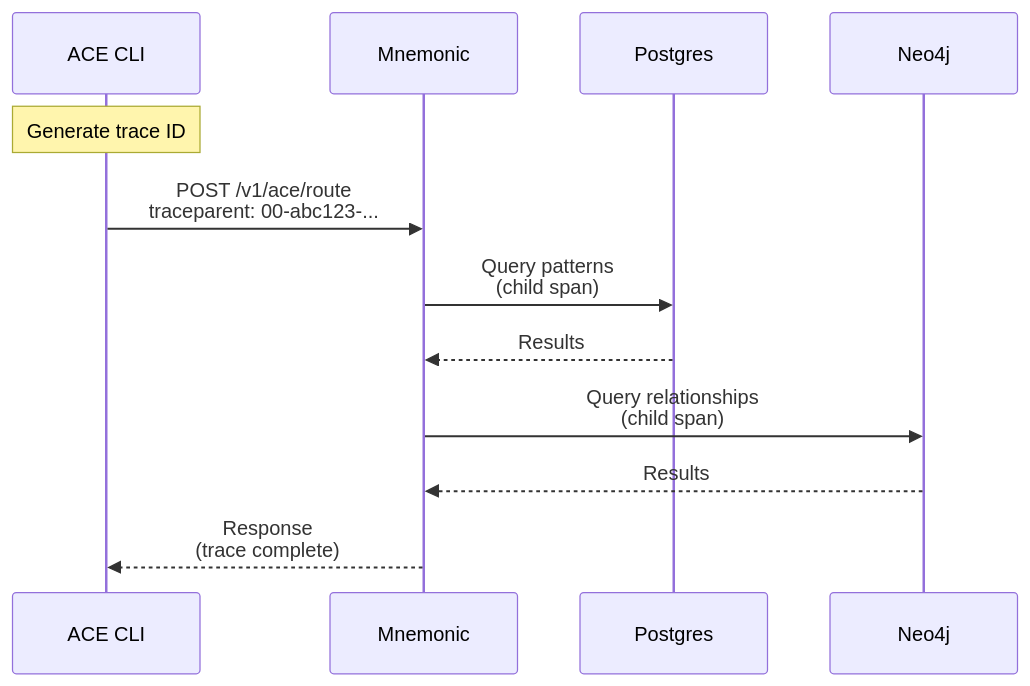
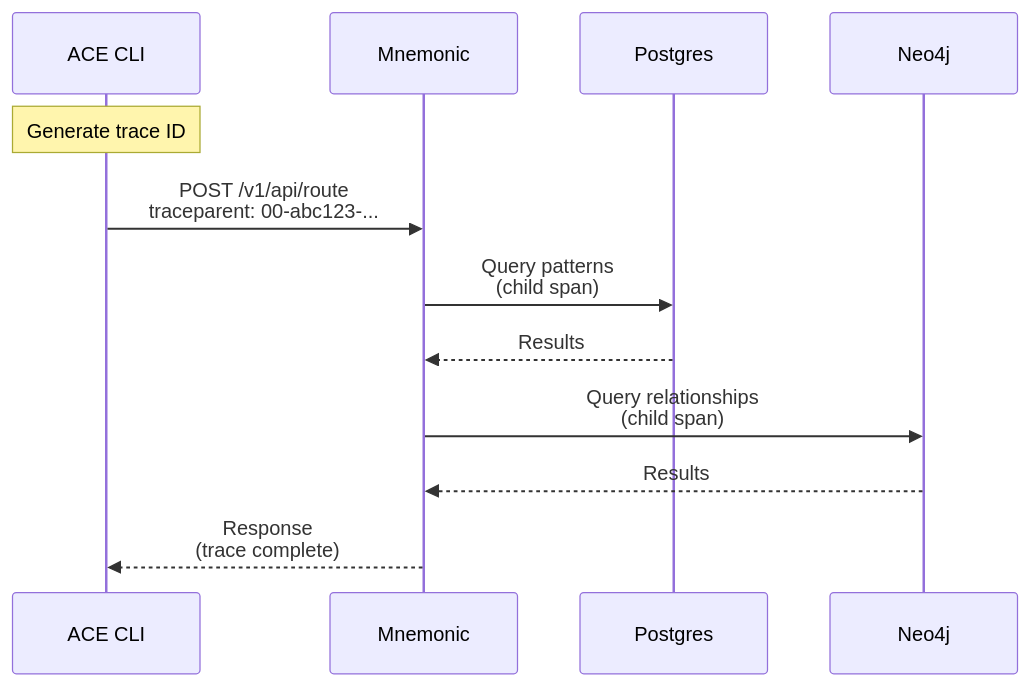
One commit to twistingmercury/mnemonic-mcp changed the third of 3 diagrams in docs/architecture/07-observability-architecture.md. Above: the diagram before and after it, drawn with Mermaid. The commit also changed other lines of this file and 10 other files, not shown here.

Commit message:
aligning design with architecture using rlm agent

````diff
--- a/docs/architecture/07-observability-architecture.md
+++ b/docs/architecture/07-observability-architecture.md
@@ -268,15 +268,15 @@
 ```mermaid
 sequenceDiagram
     participant CLI as ACE CLI
     participant MN as Mnemonic
     participant PG as Postgres
     participant NEO as Neo4j
 
     Note over CLI: Generate trace ID
-    CLI->>MN: POST /v1/ace/route<br/>traceparent: 00-abc123-...
+    CLI->>MN: POST /v1/api/route<br/>traceparent: 00-abc123-...
     MN->>PG: Query patterns<br/>(child span)
     PG-->>MN: Results
     MN->>NEO: Query relationships<br/>(child span)
     NEO-->>MN: Results
     MN-->>CLI: Response<br/>(trace complete)
 ```
````
